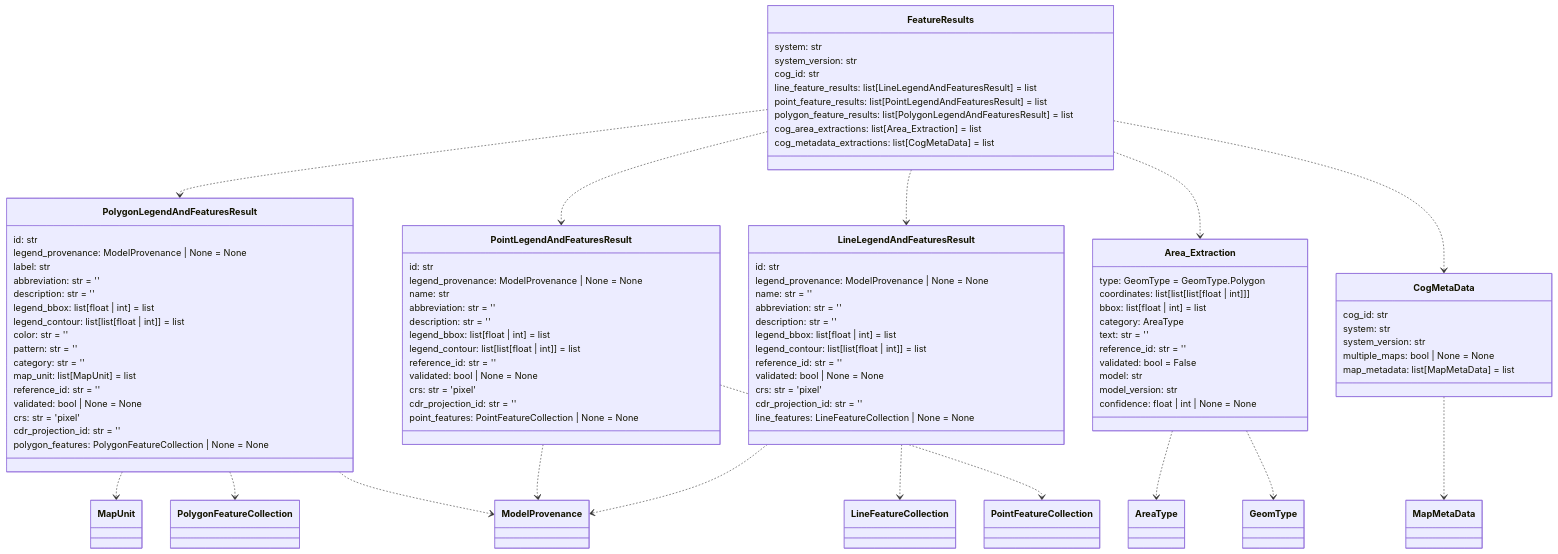
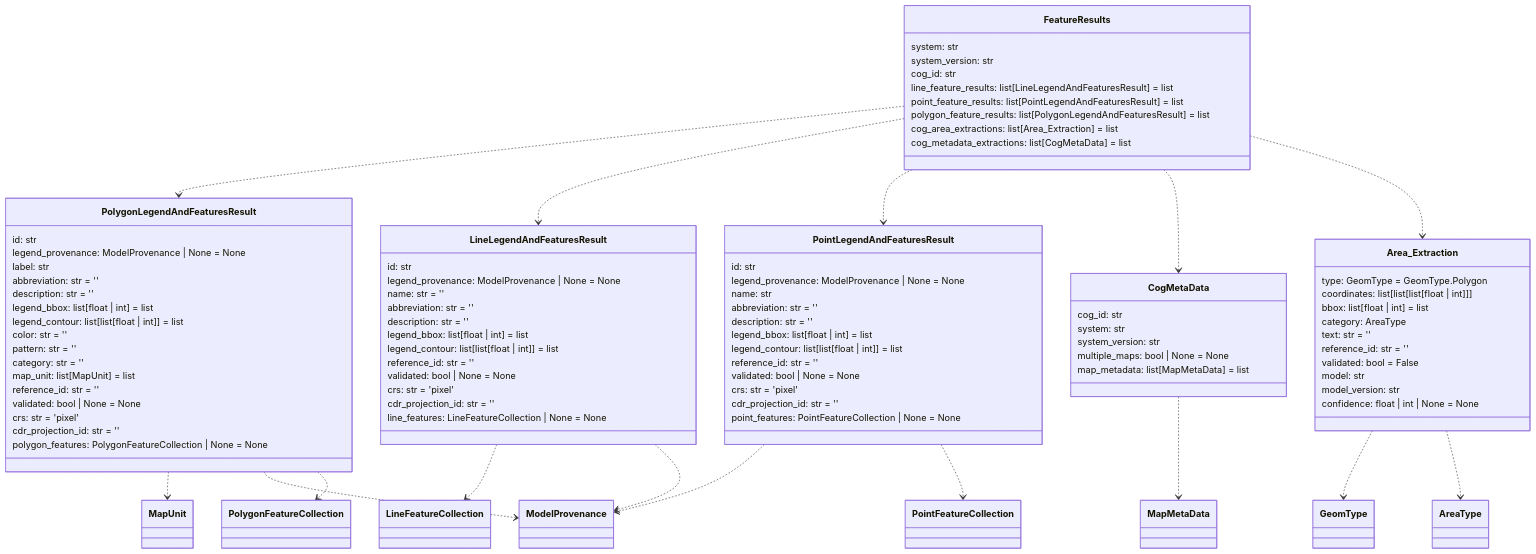
One commit to DARPA-CRITICALMAAS/cdr_schemas changed the fourth of 14 diagrams in README.md. Above: the diagram before and after it, drawn with Mermaid. The commit also changed other lines of this file, not shown here.

````diff
--- a/README.md
+++ b/README.md
@@ -307,6 +307,25 @@
         point_features: PointFeatureCollection | None = None
     }
 
+    class CogMetaData {
+        cog_id: str
+        system: str
+        system_version: str
+        multiple_maps: bool | None = None
+        map_metadata: list[MapMetaData] = list
+    }
+
+    class FeatureResults {
+        system: str
+        system_version: str
+        cog_id: str
+        line_feature_results: list[LineLegendAndFeaturesResult] = list
+        point_feature_results: list[PointLegendAndFeaturesResult] = list
+        polygon_feature_results: list[PolygonLegendAndFeaturesResult] = list
+        cog_area_extractions: list[Area_Extraction] = list
+        cog_metadata_extractions: list[CogMetaData] = list
+    }
+
     class Area_Extraction {
         type: GeomType = GeomType.Polygon
         coordinates: list[list[list[float | int]]]
@@ -320,40 +339,21 @@
         confidence: float | int | None = None
     }
 
-    class FeatureResults {
-        system: str
-        system_version: str
-        cog_id: str
-        line_feature_results: list[LineLegendAndFeaturesResult] = list
-        point_feature_results: list[PointLegendAndFeaturesResult] = list
-        polygon_feature_results: list[PolygonLegendAndFeaturesResult] = list
-        cog_area_extractions: list[Area_Extraction] = list
-        cog_metadata_extractions: list[CogMetaData] = list
-    }
-
-    class CogMetaData {
-        cog_id: str
-        system: str
-        system_version: str
-        multiple_maps: bool | None = None
-        map_metadata: list[MapMetaData] = list
-    }
-
+    Area_Extraction ..> GeomType
     Area_Extraction ..> AreaType
-    Area_Extraction ..> GeomType
+    LineLegendAndFeaturesResult ..> LineFeatureCollection
     LineLegendAndFeaturesResult ..> ModelProvenance
-    LineLegendAndFeaturesResult ..> LineFeatureCollection
     PointLegendAndFeaturesResult ..> ModelProvenance
     PointLegendAndFeaturesResult ..> PointFeatureCollection
+    PolygonLegendAndFeaturesResult ..> MapUnit
     PolygonLegendAndFeaturesResult ..> ModelProvenance
-    PolygonLegendAndFeaturesResult ..> MapUnit
     PolygonLegendAndFeaturesResult ..> PolygonFeatureCollection
     CogMetaData ..> MapMetaData
     FeatureResults ..> PolygonLegendAndFeaturesResult
     FeatureResults ..> LineLegendAndFeaturesResult
     FeatureResults ..> PointLegendAndFeaturesResult
+    FeatureResults ..> CogMetaData
     FeatureResults ..> Area_Extraction
-    FeatureResults ..> CogMetaData
 
 
 ```
````
